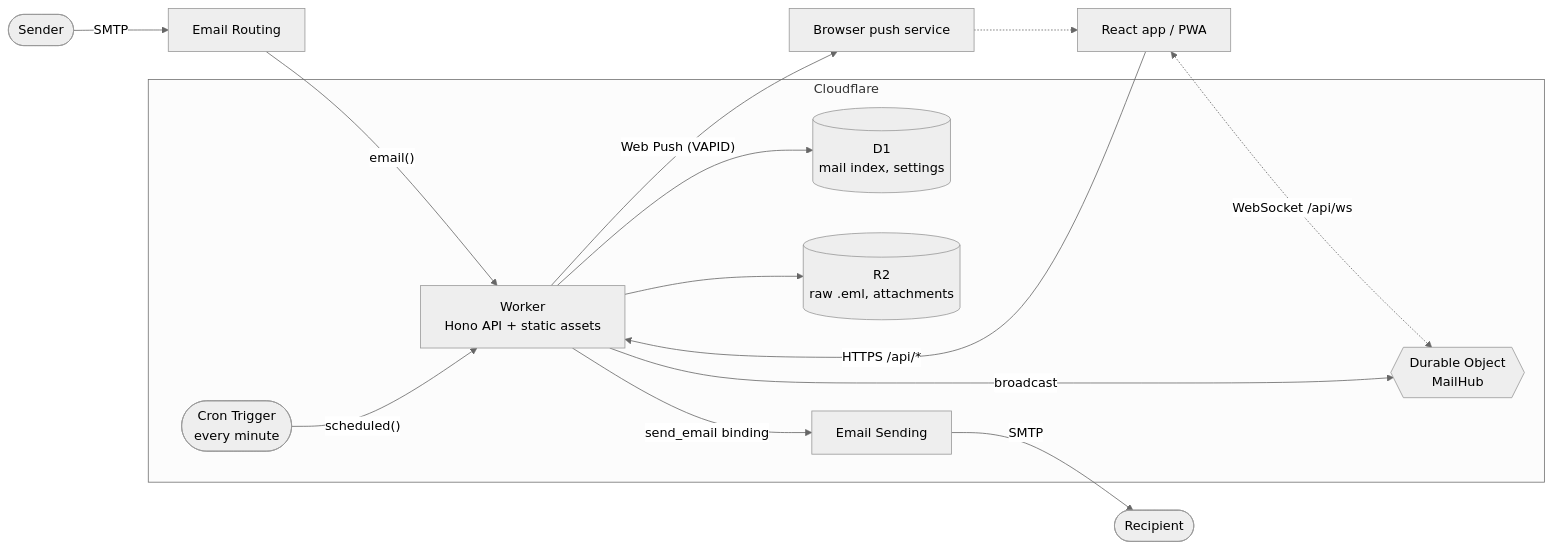
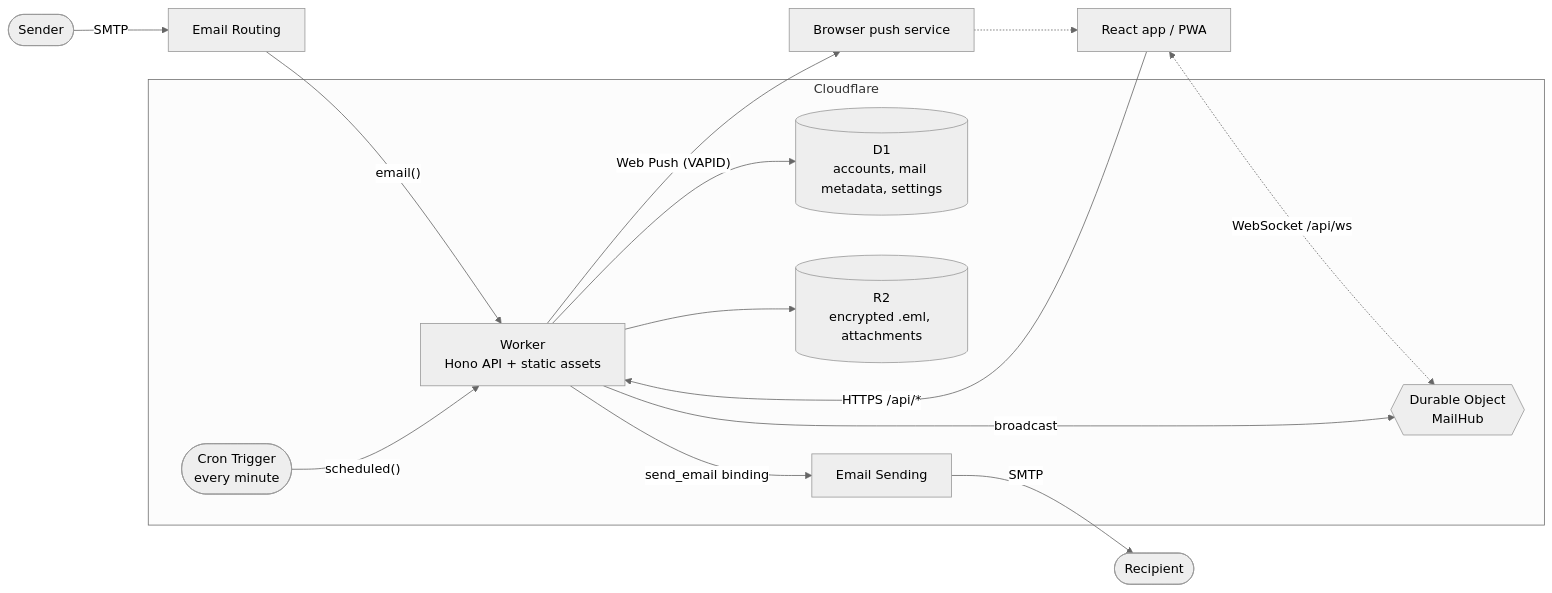
The diagram in README.md (NoahDuongMaster/edging-mail), drawn with Mermaid (neutral theme) before and after one commit. The commit also changed other lines of this file and 35 other files, not shown here.

````diff
--- a/README.md
+++ b/README.md
@@ -209,26 +284,26 @@
 ```mermaid
 flowchart LR
     sender([Sender]) -- SMTP --> routing[Email Routing]
     routing -- "email()" --> worker
 
     browser["React app / PWA"] -- "HTTPS /api/*" --> worker
     browser <-. "WebSocket /api/ws" .-> hub
 
     subgraph cf [Cloudflare]
         worker["Worker<br/>Hono API + static assets"]
-        d1[("D1<br/>mail index, settings")]
-        r2[("R2<br/>raw .eml, attachments")]
+        d1[("D1<br/>accounts, mail metadata, settings")]
+        r2[("R2<br/>encrypted .eml, attachments")]
         hub{{"Durable Object<br/>MailHub"}}
         cron(["Cron Trigger<br/>every minute"])
         sending[Email Sending]
     end
 
     worker --> d1
     worker --> r2
     worker -- broadcast --> hub
     cron -- "scheduled()" --> worker
     worker -- "send_email binding" --> sending
     sending -- SMTP --> recipient([Recipient])
     worker -- "Web Push (VAPID)" --> push["Browser push service"]
     push -.-> browser
 ```
````
